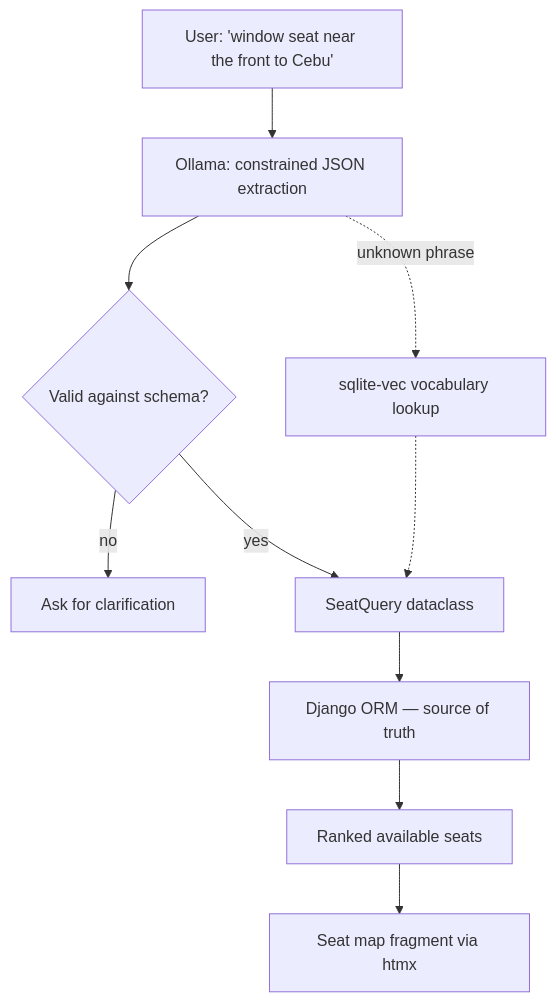
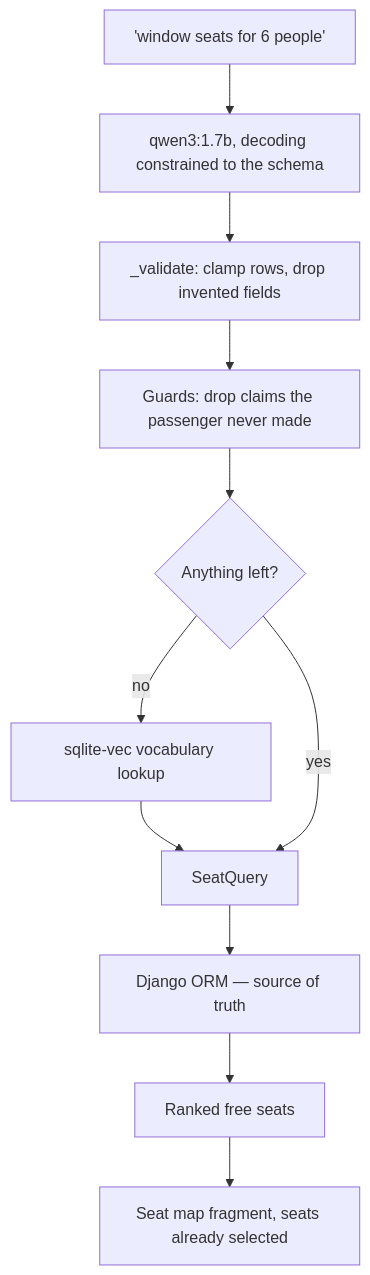
The diagram in ARCHITECTURE.md (JamTheDev/nrg-ars), drawn with Mermaid before and after one commit. The commit also changed other lines of this file, not shown here.

````diff
--- a/ARCHITECTURE.md
+++ b/ARCHITECTURE.md
@@ -420,12 +439,13 @@
 ```mermaid
 flowchart TD
-    A["User: 'window seat near the front to Cebu'"] --> B[Ollama: constrained JSON extraction]
-    B --> C{Valid against schema?}
-    C -- no --> D[Ask for clarification]
-    C -- yes --> E[SeatQuery dataclass]
-    E --> F[Django ORM — source of truth]
-    F --> G[Ranked available seats]
-    G --> H[Seat map fragment via htmx]
-    B -. unknown phrase .-> V[sqlite-vec vocabulary lookup]
-    V -.-> E
+    A["'window seats for 6 people'"] --> B[qwen3:1.7b, decoding constrained to the schema]
+    B --> C[_validate: clamp rows, drop invented fields]
+    C --> D[Guards: drop claims the passenger never made]
+    D --> E{Anything left?}
+    E -- no --> V[sqlite-vec vocabulary lookup]
+    V --> F
+    E -- yes --> F[SeatQuery]
+    F --> G[Django ORM — source of truth]
+    G --> H[Ranked free seats]
+    H --> I[Seat map fragment, seats already selected]
 ```
````
